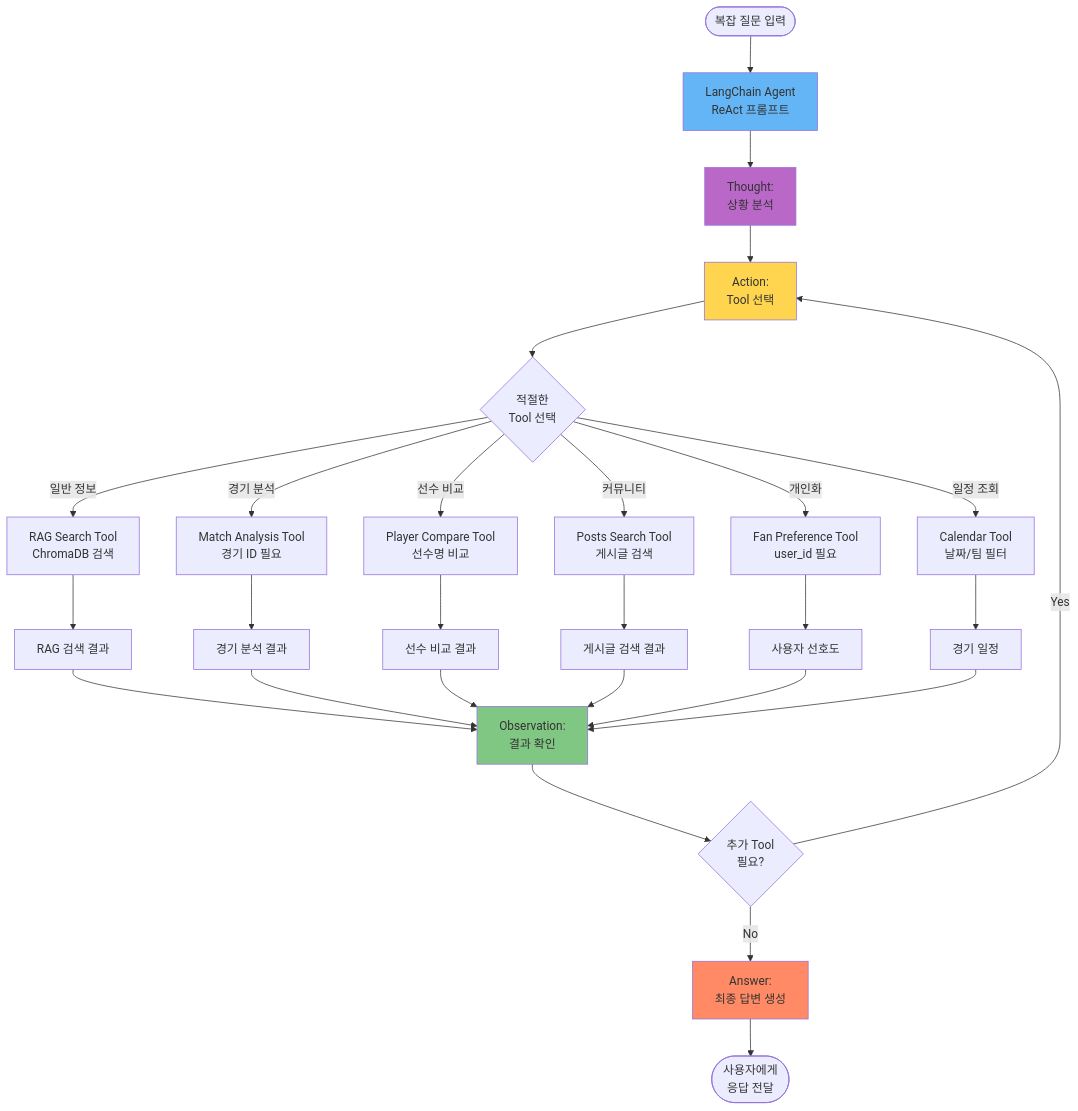
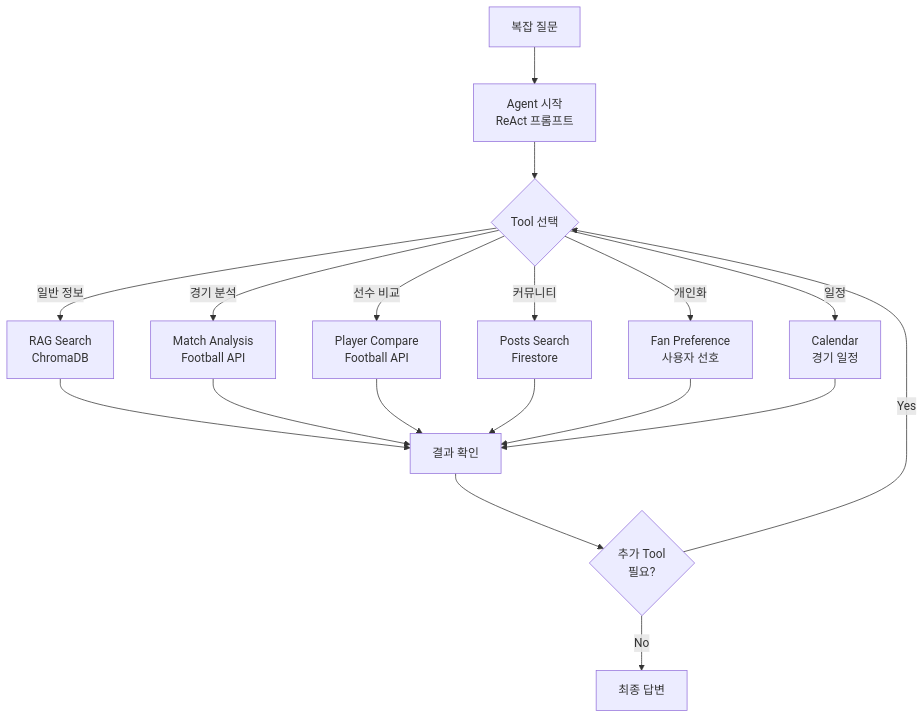
Before and after one commit to seolmiseon/fsf-llm-platform: the third of 4 diagrams in FSF_ARCHITECTURE_DIAGRAM.md, drawn with Mermaid. The commit also changed other lines of this file and 31 other files, not shown here.

````diff
--- a/FSF_ARCHITECTURE_DIAGRAM.md
+++ b/FSF_ARCHITECTURE_DIAGRAM.md
@@ -238,41 +181,24 @@
 ```mermaid
-flowchart TD
-    Start([복잡 질문 입력]) --> Agent[LangChain Agent<br/>ReAct 프롬프트]
-    Agent --> Thought[Thought:<br/>상황 분석]
-    Thought --> Action[Action:<br/>Tool 선택]
-
-    Action --> ToolDecision{적절한<br/>Tool 선택}
-
-    ToolDecision -->|일반 정보| RAGTool[RAG Search Tool<br/>ChromaDB 검색]
-    ToolDecision -->|경기 분석| MatchTool[Match Analysis Tool<br/>경기 ID 필요]
-    ToolDecision -->|선수 비교| PlayerTool[Player Compare Tool<br/>선수명 비교]
-    ToolDecision -->|커뮤니티| PostsTool[Posts Search Tool<br/>게시글 검색]
-    ToolDecision -->|개인화| FanTool[Fan Preference Tool<br/>user_id 필요]
-    ToolDecision -->|일정 조회| CalendarTool[Calendar Tool<br/>날짜/팀 필터]
-
-    RAGTool --> RAGResult[RAG 검색 결과]
-    MatchTool --> MatchResult[경기 분석 결과]
-    PlayerTool --> PlayerResult[선수 비교 결과]
-    PostsTool --> PostsResult[게시글 검색 결과]
-    FanTool --> FanResult[사용자 선호도]
-    CalendarTool --> CalendarResult[경기 일정]
-
-    RAGResult --> Observation[Observation:<br/>결과 확인]
-    MatchResult --> Observation
-    PlayerResult --> Observation
-    PostsResult --> Observation
-    FanResult --> Observation
-    CalendarResult --> Observation
-
-    Observation --> MoreTools{추가 Tool<br/>필요?}
-    MoreTools -->|Yes| Action
-    MoreTools -->|No| Answer[Answer:<br/>최종 답변 생성]
-
-    Answer --> End([사용자에게<br/>응답 전달])
-
-    style Agent fill:#64B5F6
-    style Thought fill:#BA68C8
-    style Action fill:#FFD54F
-    style Observation fill:#81C784
-    style Answer fill:#FF8A65
+graph TD
+    A[복잡 질문] --> B[Agent 시작<br>ReAct 프롬프트]
+    
+    B --> C{Tool 선택}
+    
+    C -->|일반 정보| D[RAG Search<br>ChromaDB]
+    C -->|경기 분석| E[Match Analysis<br>Football API]
+    C -->|선수 비교| F[Player Compare<br>Football API]
+    C -->|커뮤니티| G[Posts Search<br>Firestore]
+    C -->|개인화| H[Fan Preference<br>사용자 선호]
+    C -->|일정| I[Calendar<br>경기 일정]
+    
+    D --> J[결과 확인]
+    E --> J
+    F --> J
+    G --> J
+    H --> J
+    I --> J
+    
+    J --> K{추가 Tool<br>필요?}
+    K -->|Yes| C
+    K -->|No| L[최종 답변]
 ```
````
